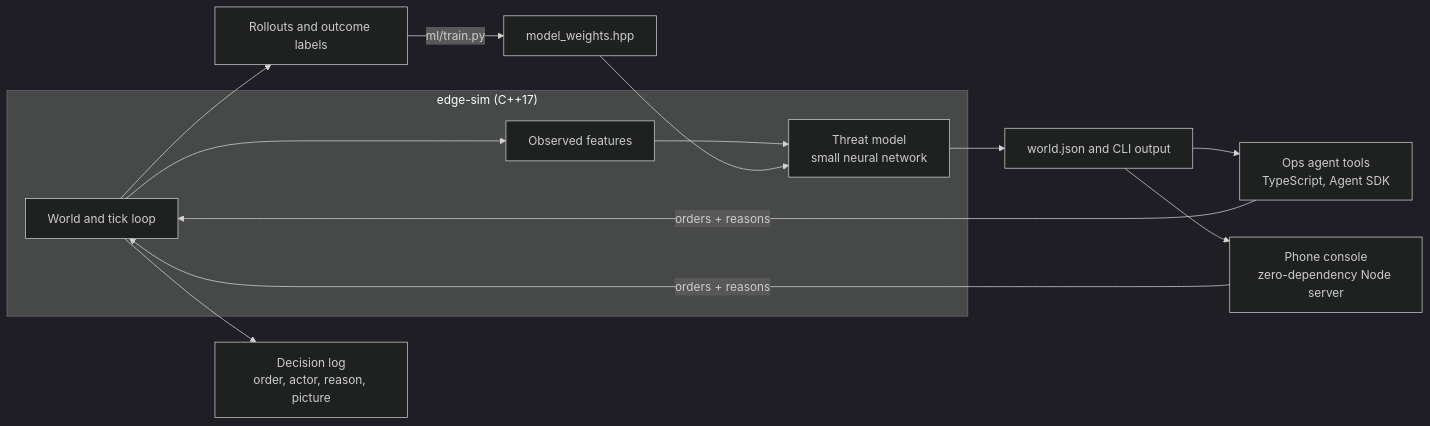
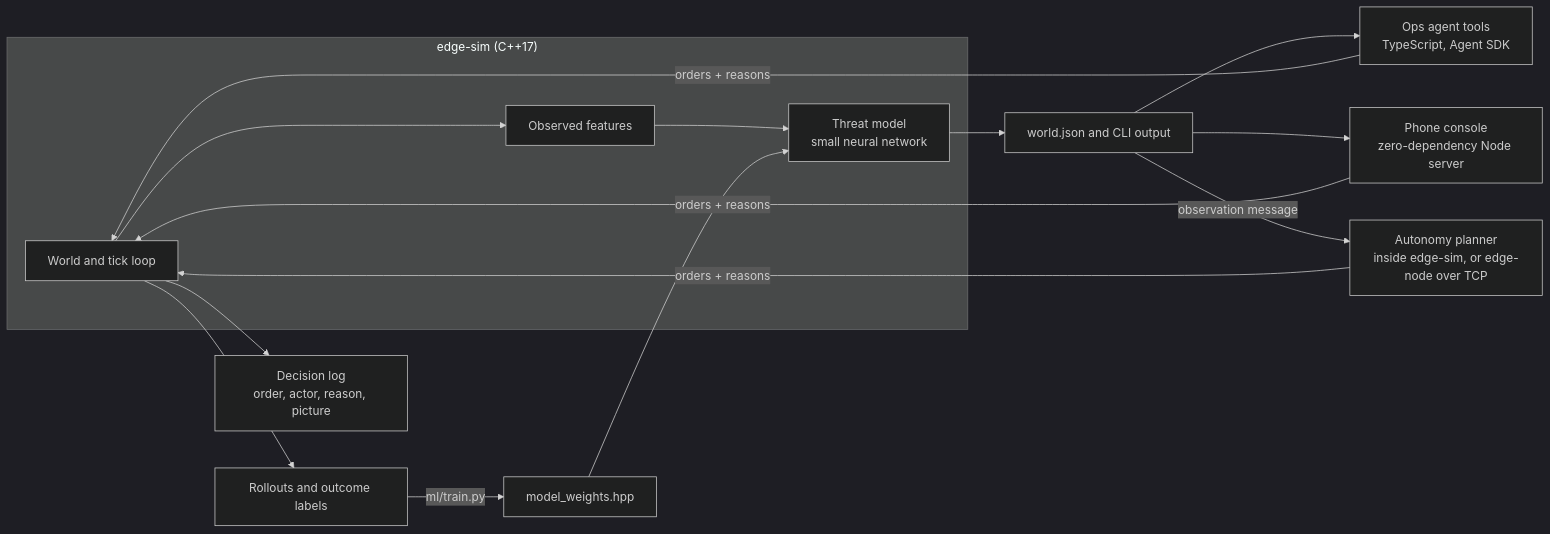
The diagram in edge-sentry/README.md (SergioB03/TeeHee), drawn with Mermaid (dark theme) before and after one commit. The commit also changed other lines of this file and 21 other files, not shown here.

````diff
--- a/edge-sentry/README.md
+++ b/edge-sentry/README.md
@@ -46,16 +69,18 @@
 ```mermaid
 flowchart LR
     subgraph sim["edge-sim (C++17)"]
         W[World and tick loop] --> F[Observed features]
         F --> M[Threat model<br/>small neural network]
     end
     R[Rollouts and outcome labels] -->|ml/train.py| WT[model_weights.hpp]
     WT --> M
     M --> J[world.json and CLI output]
     J --> A[Ops agent tools<br/>TypeScript, Agent SDK]
     J --> P[Phone console<br/>zero-dependency Node server]
+    J -->|observation message| N[Autonomy planner<br/>inside edge-sim, or edge-node over TCP]
+    N -->|orders + reasons| W
     A -->|orders + reasons| W
     P -->|orders + reasons| W
     W --> D[Decision log<br/>order, actor, reason, picture]
     W --> R
 ```
````
